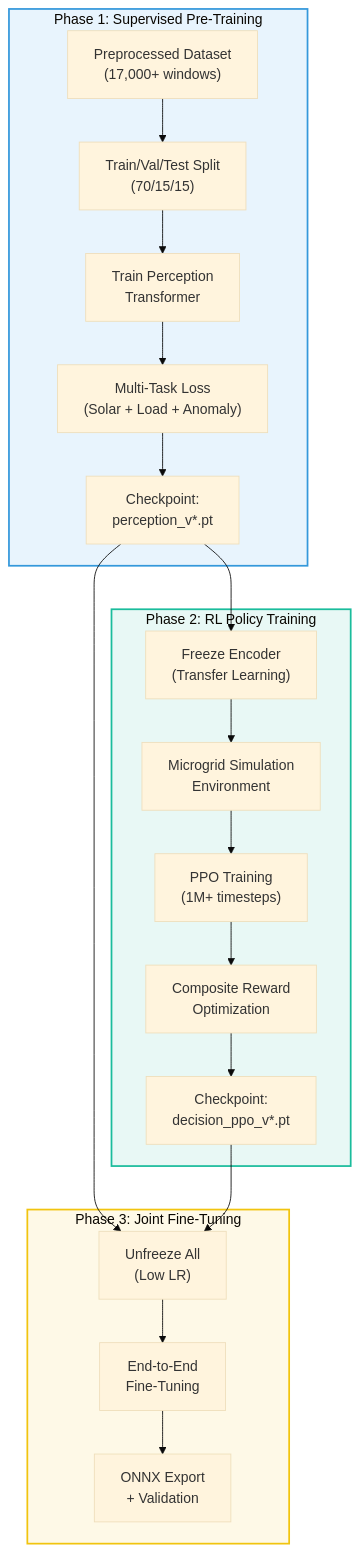
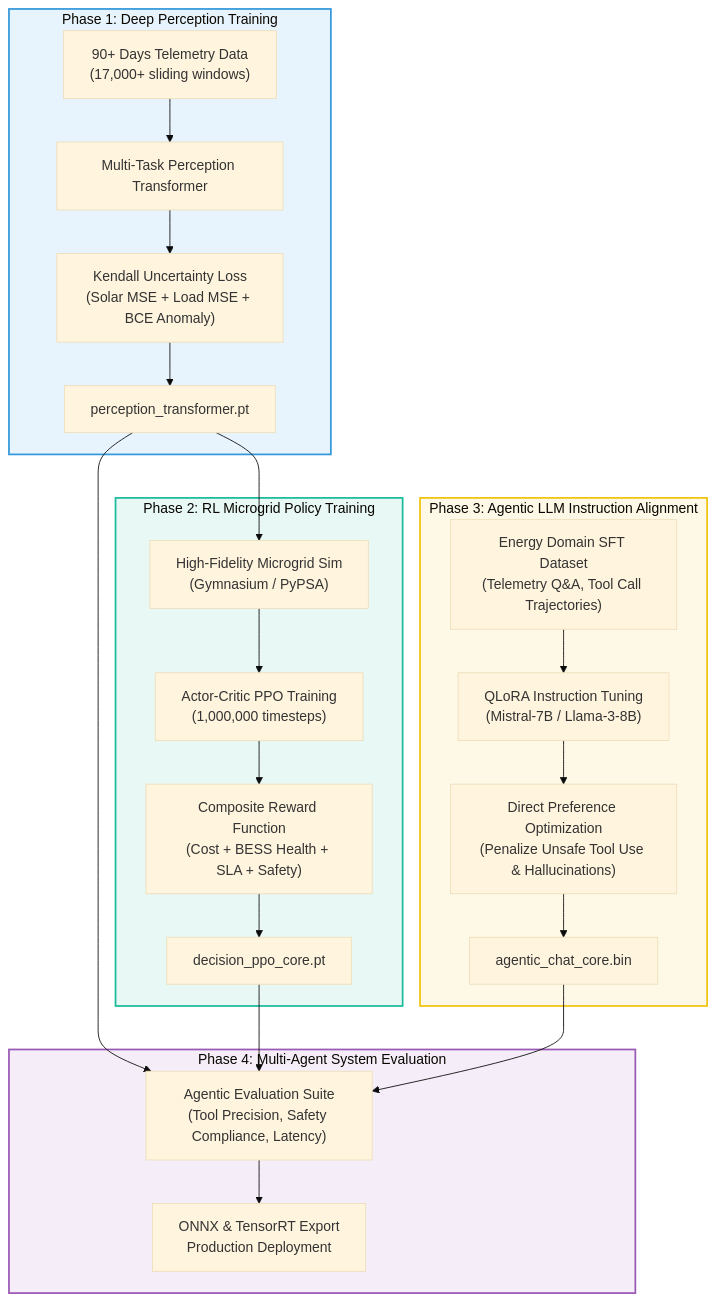
Before and after one commit to Mekesh-Engineer/gridflowx: the diagram in Docs/07_Model_Training_and_FineTuning.md, drawn with Mermaid (base theme). The commit also changed other lines of this file and 679 other files, not shown here.

````diff
--- a/Docs/07_Model_Training_and_FineTuning.md
+++ b/Docs/07_Model_Training_and_FineTuning.md
@@ -56,27 +25,31 @@
 ```mermaid
 flowchart TD
-    subgraph PHASE1 ["Phase 1: Supervised Pre-Training"]
-        DATA1["Preprocessed Dataset\n(17,000+ windows)"] --> SPLIT["Train/Val/Test Split\n(70/15/15)"]
-        SPLIT --> TRAIN_P["Train Perception\nTransformer"]
-        TRAIN_P --> LOSS_MT["Multi-Task Loss\n(Solar + Load + Anomaly)"]
-        LOSS_MT --> CKPT1["Checkpoint:\nperception_v*.pt"]
+    subgraph PHASE1 ["Phase 1: Deep Perception Training"]
+        D1["90+ Days Telemetry Data\n(17,000+ sliding windows)"] --> TRAIN_P["Multi-Task Perception Transformer"]
+        TRAIN_P --> LOSS_MT["Kendall Uncertainty Loss\n(Solar MSE + Load MSE + BCE Anomaly)"]
+        LOSS_MT --> CKPT_P["perception_transformer.pt"]
     end
 
-    subgraph PHASE2 ["Phase 2: RL Policy Training"]
-        CKPT1 --> FREEZE["Freeze Encoder\n(Transfer Learning)"]
-        FREEZE --> ENV["Microgrid Simulation\nEnvironment"]
-        ENV --> PPO["PPO Training\n(1M+ timesteps)"]
-        PPO --> REWARD["Composite Reward\nOptimization"]
-        REWARD --> CKPT2["Checkpoint:\ndecision_ppo_v*.pt"]
+    subgraph PHASE2 ["Phase 2: RL Microgrid Policy Training"]
+        CKPT_P --> SIM_ENV["High-Fidelity Microgrid Sim\n(Gymnasium / PyPSA)"]
+        SIM_ENV --> PPO["Actor-Critic PPO Training\n(1,000,000 timesteps)"]
+        PPO --> REWARD["Composite Reward Function\n(Cost + BESS Health + SLA + Safety)"]
+        REWARD --> CKPT_RL["decision_ppo_core.pt"]
     end
 
-    subgraph PHASE3 ["Phase 3: Joint Fine-Tuning"]
-        CKPT1 & CKPT2 --> UNFREEZE["Unfreeze All\n(Low LR)"]
-        UNFREEZE --> JOINT["End-to-End\nFine-Tuning"]
-        JOINT --> EXPORT["ONNX Export\n+ Validation"]
+    subgraph PHASE3 ["Phase 3: Agentic LLM Instruction Alignment"]
+        CONV_DATA["Energy Domain SFT Dataset\n(Telemetry Q&A, Tool Call Trajectories)"] --> LORA["QLoRA Instruction Tuning\n(Mistral-7B / Llama-3-8B)"]
+        LORA --> DPO["Direct Preference Optimization\n(Penalize Unsafe Tool Use & Hallucinations)"]
+        DPO --> CKPT_AGENT["agentic_chat_core.bin"]
+    end
+
+    subgraph PHASE4 ["Phase 4: Multi-Agent System Evaluation"]
+        CKPT_P & CKPT_RL & CKPT_AGENT --> BENCH["Agentic Evaluation Suite\n(Tool Precision, Safety Compliance, Latency)"]
+        BENCH --> ONNX_EXP["ONNX & TensorRT Export\nProduction Deployment"]
     end
 
     style PHASE1 fill:#e8f4fd,stroke:#3498db,stroke-width:2px
     style PHASE2 fill:#e8f8f5,stroke:#1abc9c,stroke-width:2px
     style PHASE3 fill:#fef9e7,stroke:#f1c40f,stroke-width:2px
+    style PHASE4 fill:#f5eef8,stroke:#9b59b6,stroke-width:2px
 ```
````
